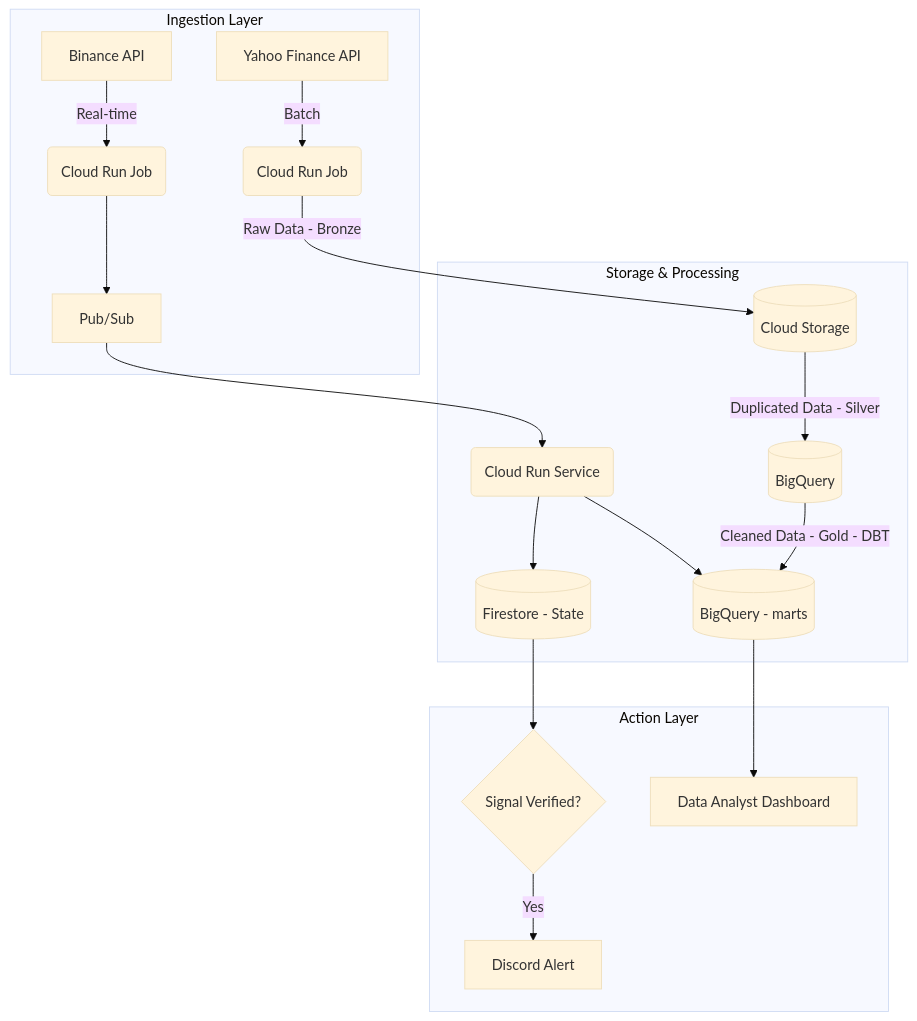
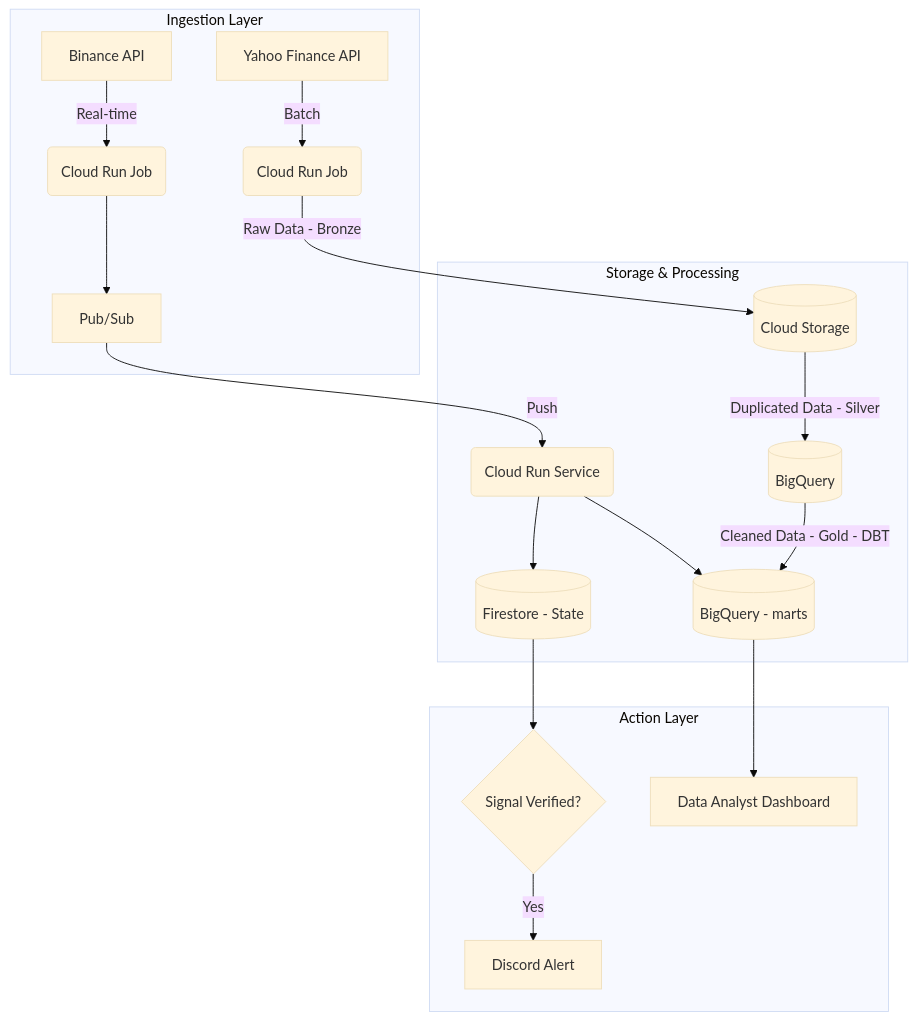
One commit to AFGU94/gcp-financial-data-platform changed the diagram in README.md. Above: the diagram before and after it, drawn with Mermaid (base theme).

Commit message:
data flow

````diff
--- a/README.md
+++ b/README.md
@@ -12,23 +12,23 @@
 ```mermaid
 graph TD
     subgraph "Ingestion Layer"
         A[Yahoo Finance API] -->|Batch| B(Cloud Run Job)
         C[Binance API] -->|Real-time| D(Cloud Run Job)
         D --> K[Pub/Sub]
     end
 
     subgraph "Storage & Processing"
         B --> |Raw Data - Bronze|E[(Cloud Storage)]
         E --> |Duplicated Data - Silver|F[(BigQuery)]
         F --> |Cleaned Data - Gold - DBT|I[(BigQuery - marts)]
-        K --> L(Cloud Run Service)
+        K --> |Push|L(Cloud Run Service)
         L --> G[(Firestore - State)]
         L --> I
     end
 
     subgraph "Action Layer"
         G --> H{Signal Verified?}
         H -->|Yes| M[Discord Alert]
         I --> J[Data Analyst Dashboard]
     end
 ```
````
